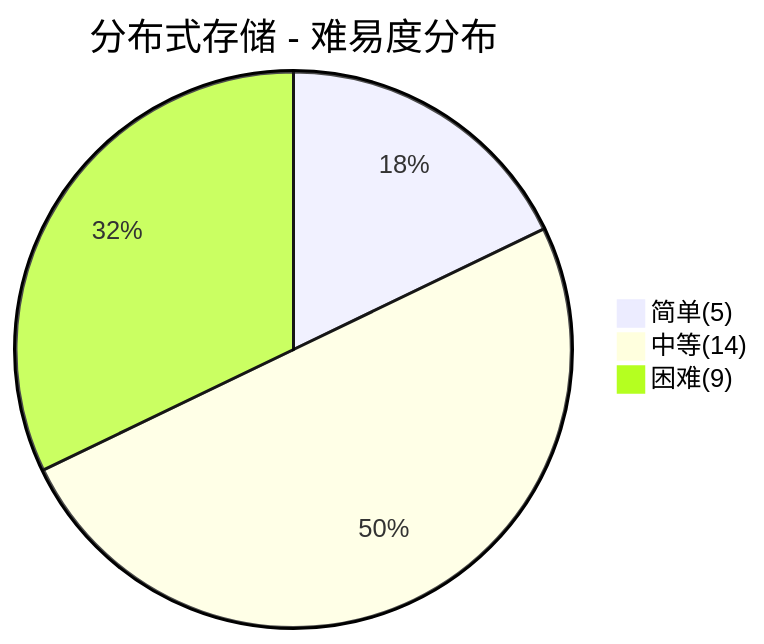
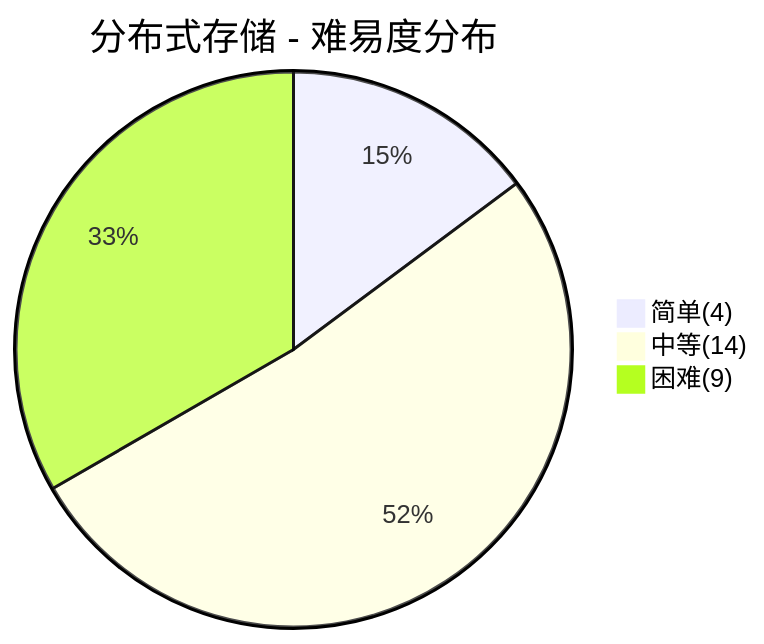
The sixth of 6 diagrams in docs/99.面试/分布式面试.md (dunwu/waterdrop), drawn with Mermaid before and after one commit. The commit also changed other lines of this file and 50 other files, not shown here.

````diff
--- a/docs/99.面试/分布式面试.md
+++ b/docs/99.面试/分布式面试.md
@@ -514,6 +493,6 @@
 ```mermaid
 pie title 分布式存储 - 难易度分布
-    "简单(5)" : 5
+    "简单(4)" : 4
     "中等(14)" : 14
     "困难(9)" : 9
 ```
````
